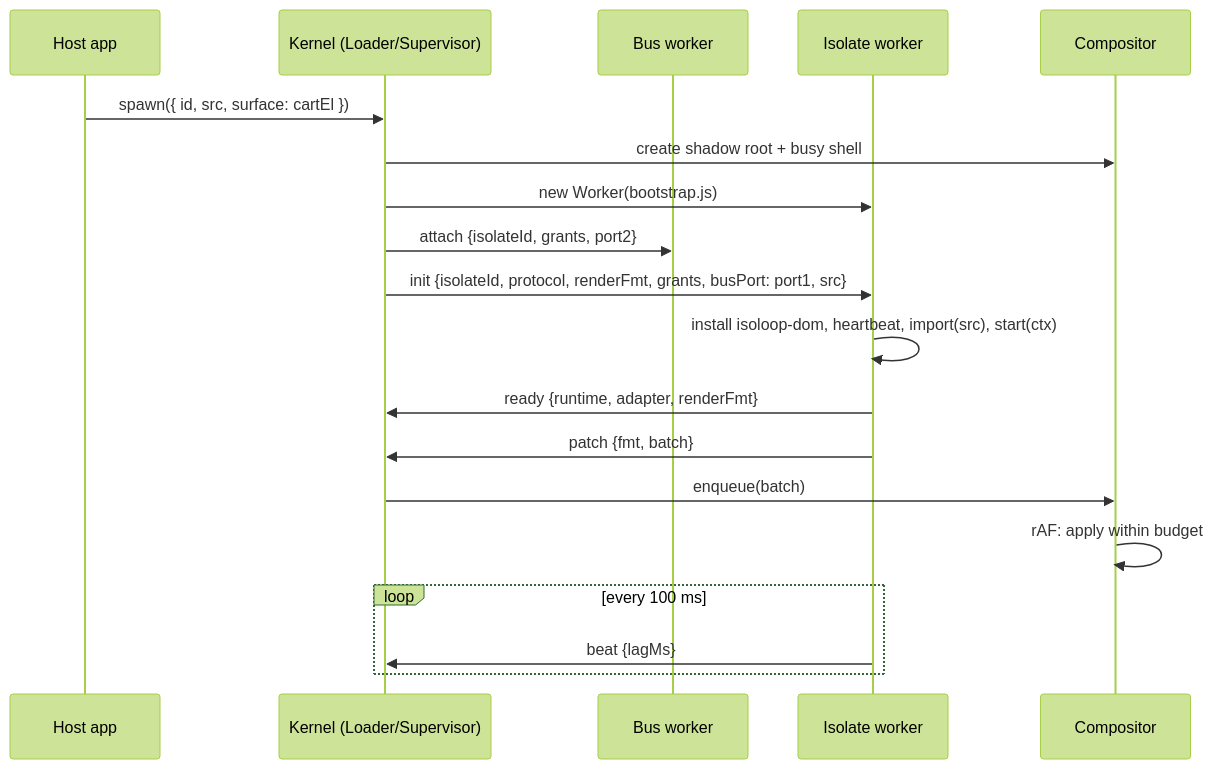
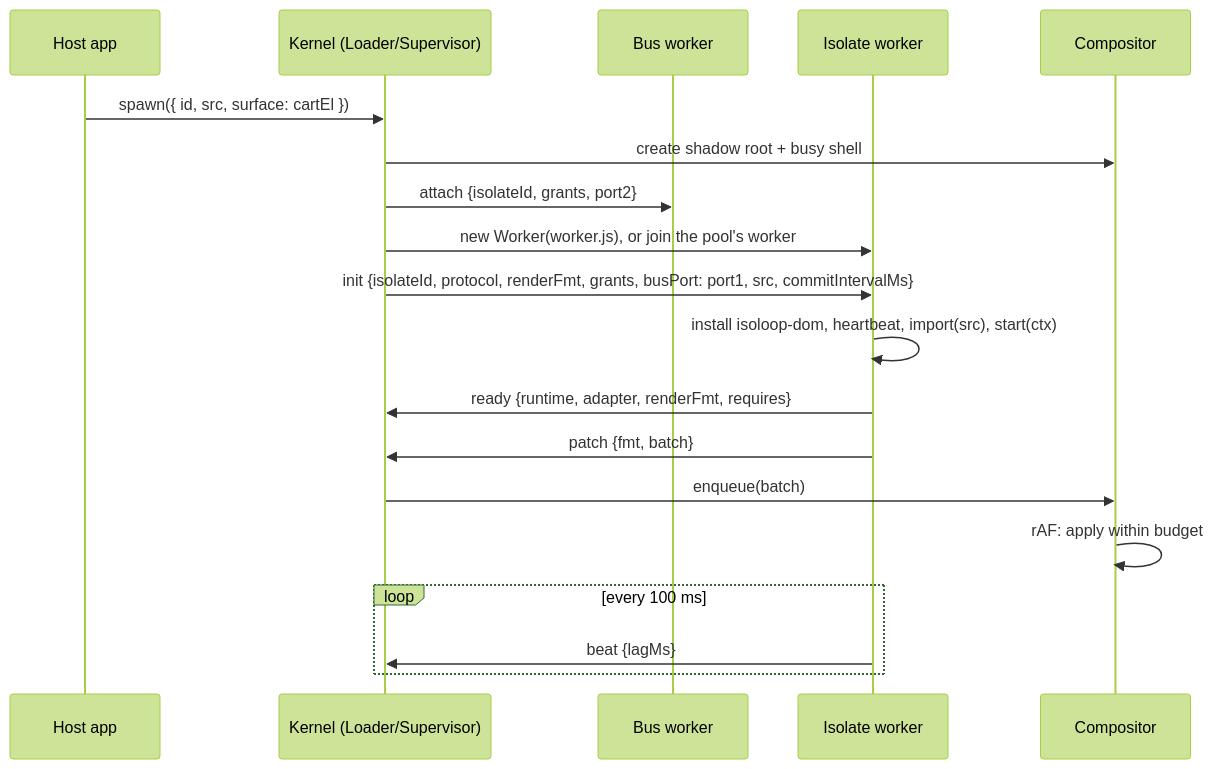
Before and after one commit to isoloop/isoloop: the third of 8 diagrams in docs/design/system-design.md, drawn with Mermaid (forest theme). The commit also changed other lines of this file, not shown here.

Commit message:
docs: the system design describes pools, combined commits and the bus worker as built (#178)

````diff
--- a/docs/design/system-design.md
+++ b/docs/design/system-design.md
@@ -482,21 +507,21 @@
 ```mermaid
 sequenceDiagram
   participant H as Host app
   participant K as Kernel (Loader/Supervisor)
   participant B as Bus worker
   participant P as Isolate worker
   participant C as Compositor
   H->>K: spawn({ id, src, surface: cartEl })
   K->>C: create shadow root + busy shell
-  K->>P: new Worker(bootstrap.js)
   K->>B: attach {isolateId, grants, port2}
-  K->>P: init {isolateId, protocol, renderFmt, grants, busPort: port1, src}
+  K->>P: new Worker(worker.js), or join the pool's worker
+  K->>P: init {isolateId, protocol, renderFmt, grants, busPort: port1, src, commitIntervalMs}
   P->>P: install isoloop-dom, heartbeat, import(src), start(ctx)
-  P->>K: ready {runtime, adapter, renderFmt}
+  P->>K: ready {runtime, adapter, renderFmt, requires}
   P->>K: patch {fmt, batch}
   K->>C: enqueue(batch)
   C->>C: rAF: apply within budget
   loop every 100 ms
     P->>K: beat {lagMs}
   end
 ```
````
